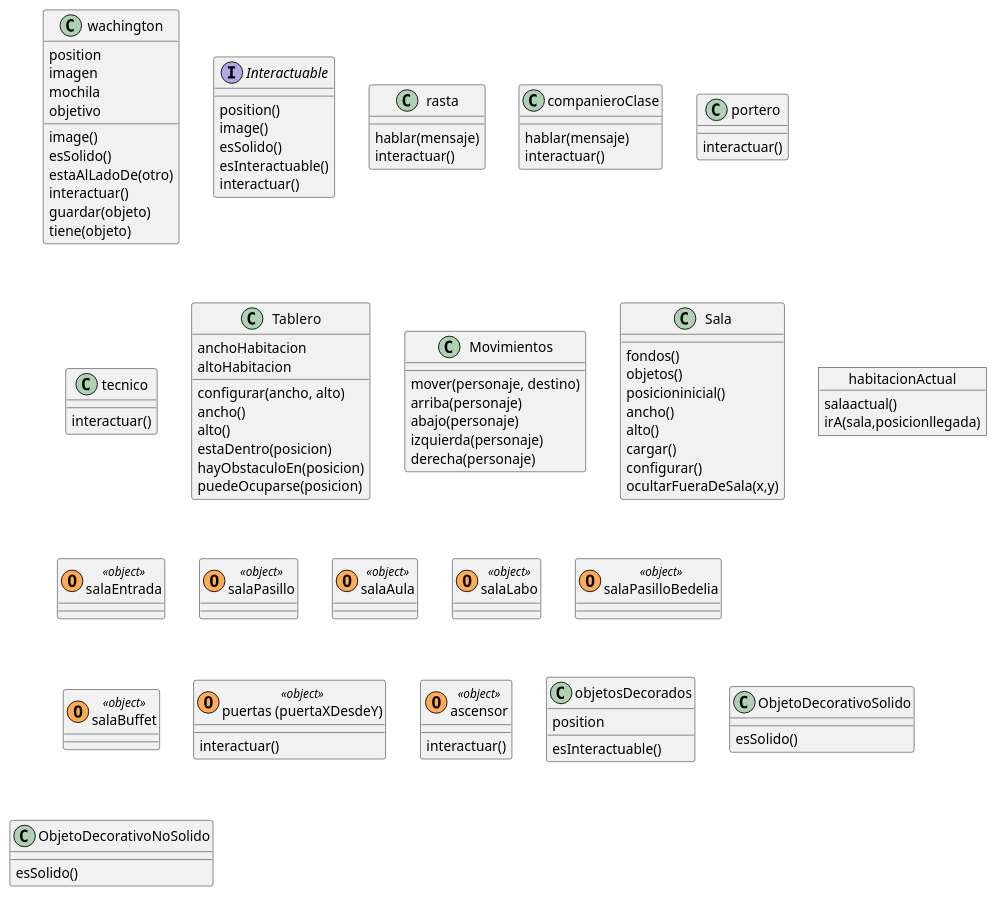
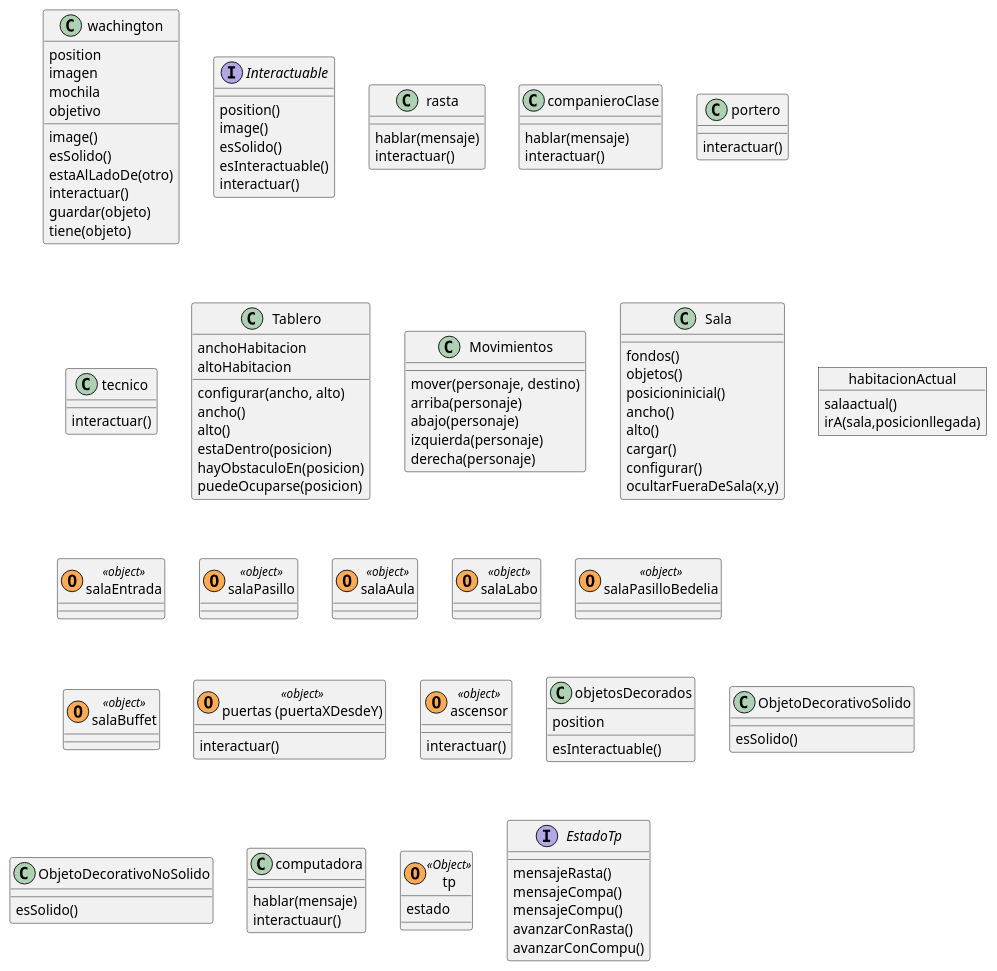
One commit to pdep-mit/tp-wg-2026-poder-Los_pollos_hermanos changed the diagram in Diagrama/diagrama.puml. Above: the diagram before and after it, drawn with PlantUML.

Commit message:
diagrama - objetos utiles

```diff
--- a/Diagrama/diagrama.puml
+++ b/Diagrama/diagrama.puml
@@ -1,108 +1,122 @@
 @startuml Juego
 
 ' Personajes ' 
   class wachington  {
     position
     imagen
     mochila
     objetivo
     image()
     esSolido()
     estaAlLadoDe(otro)
     interactuar()
     guardar(objeto)
     tiene(objeto)
   }
 
   interface Interactuable {
     position()
     image()
     esSolido()
     esInteractuable()
     interactuar()
   }
 
   class rasta  {
     hablar(mensaje)
     interactuar()
   }
   class companieroClase {
     hablar(mensaje)
     interactuar()
   }
   class portero {
     interactuar()
   }
   class tecnico  {
     interactuar()
   }
 
 
 ' Tablero y Movimientos ' 
 class Tablero {
   anchoHabitacion
     altoHabitacion
     configurar(ancho, alto)
     ancho()
     alto()
     estaDentro(posicion)
     hayObstaculoEn(posicion)
     puedeOcuparse(posicion)
   }
 class Movimientos {
   mover(personaje, destino)
     arriba(personaje)
     abajo(personaje)
     izquierda(personaje)
     derecha(personaje)
 }
 
 class Sala {
   fondos()
   objetos()
   posicioninicial()
   ancho()
   alto()
   cargar()
   configurar()
   ocultarFueraDeSala(x,y)
 }
 
 Object habitacionActual {
   salaactual()
   irA(sala,posicionllegada)
 }
 
 ' El #FFAA55 le da el color naranja en el diagrama, es solo un detalle ' 
 ' El O para referenciar que es un objeto (explicar en la presentacion)
   class salaEntrada <<(O,#FFAA55) object>> 
   class salaPasillo <<(O,#FFAA55) object>>
   class salaAula <<(O,#FFAA55) object>>
   class salaLabo <<(O,#FFAA55) object>>
   class salaPasilloBedelia <<(O,#FFAA55) object>>
   class salaBuffet <<(O,#FFAA55) object>>
 
 'lo pongo asi para diferenciar de las decorativas ' 
 class "puertas (puertaXDesdeY)" as puertas <<(O,#FFAA55) object>> {
     interactuar()
   }
 class ascensor <<(O,#FFAA55) object>> {
     interactuar()
   }
 
 ' Decorados '
  class objetosDecorados {
   position
     esInteractuable()
   }
   class ObjetoDecorativoSolido {
     esSolido()
   }
   class ObjetoDecorativoNoSolido {
     esSolido()
   }
 
+' obejetos utiles  '
+class computadora {
+  hablar(mensaje)
+  interactuaur()
+}
 
+class tp <<(O,#FFAA55) Object>> {
+  estado
+}
 
-
+interface EstadoTp {
+    mensajeRasta()
+    mensajeCompa()
+    mensajeCompu()
+    avanzarConRasta()
+    avanzarConCompu()
+  }
 @enduml
```
